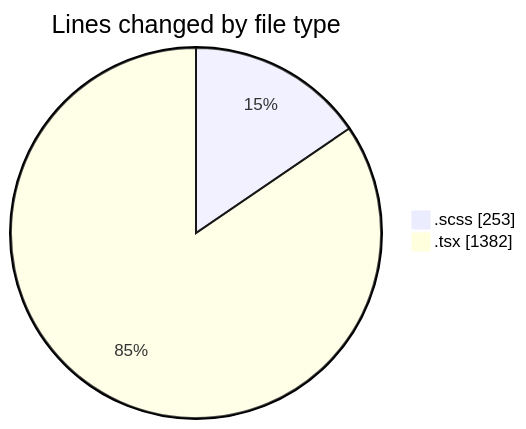
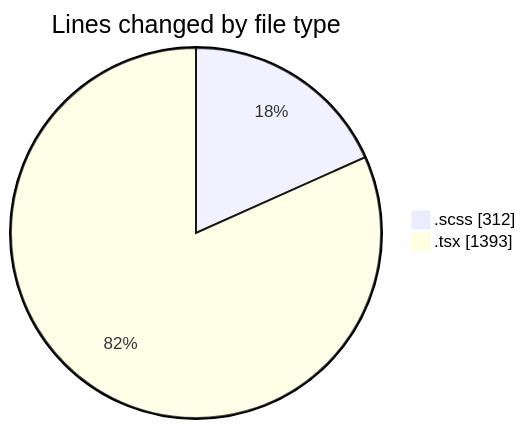
Before and after one commit to momahboobian/code-tracking: the first of 2 diagrams in 2025-08-28/cda/README.md, drawn with Mermaid. The commit also changed other lines of this file and 1 other file, not shown here.

````diff
--- a/2025-08-28/cda/README.md
+++ b/2025-08-28/cda/README.md
@@ -24,6 +25,6 @@
 ```mermaid
 pie showData
 title Lines changed by file type
-".scss" : 253
-".tsx" : 1382
+".scss" : 312
+".tsx" : 1393
 ```
````
